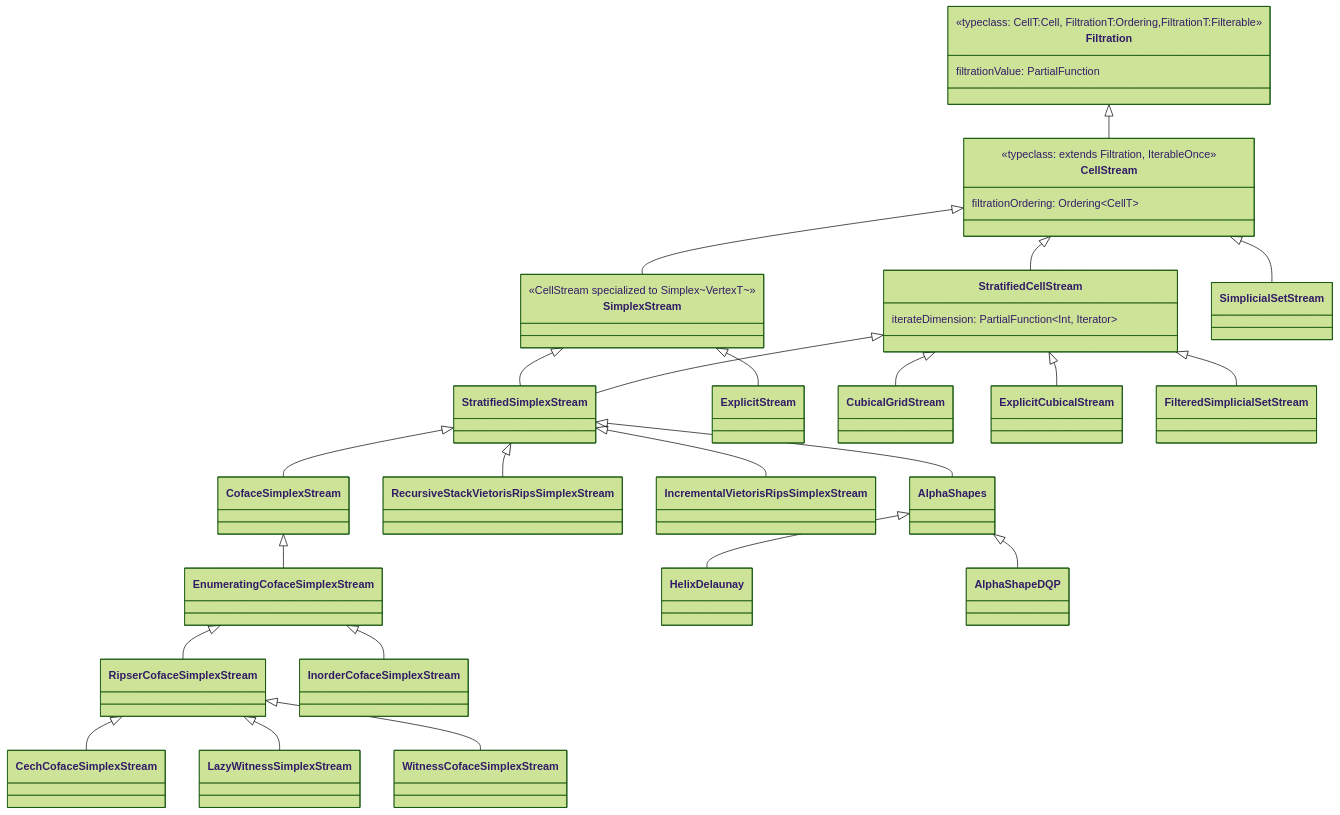
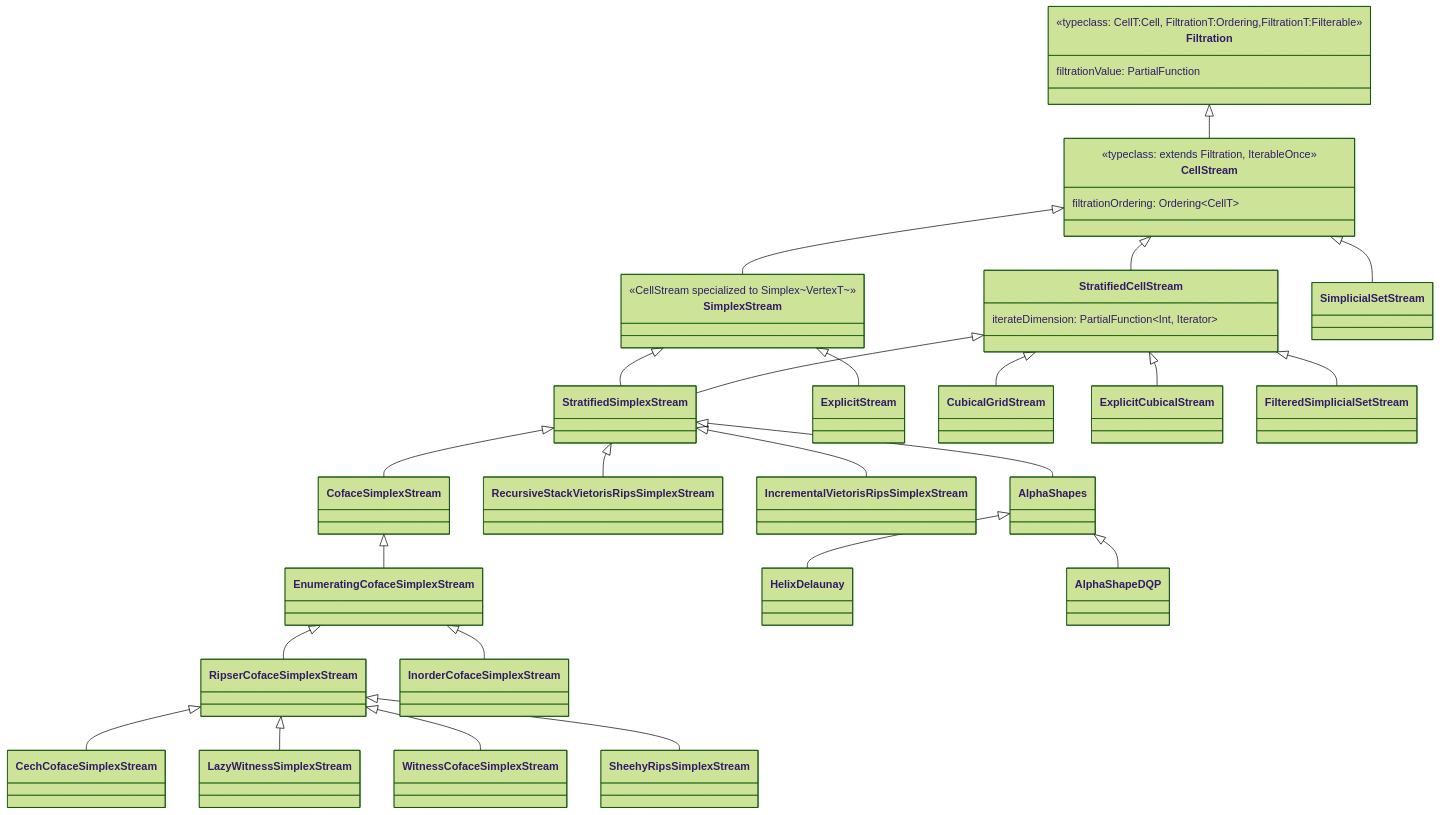
Before and after one commit to appliedtopology/tda4j: the fourth of 6 diagrams in src/docs/developers-guide/class-diagrams.md, drawn with Mermaid (forest theme). The commit also changed 15 other files, not shown here.

````diff
--- a/src/docs/developers-guide/class-diagrams.md
+++ b/src/docs/developers-guide/class-diagrams.md
@@ -120,39 +120,40 @@
 ```mermaid
 classDiagram
     class Filtration {
         <<typeclass: CellT:Cell, FiltrationT:Ordering,FiltrationT:Filterable>>
         filtrationValue: PartialFunction
     }
     class CellStream {
         <<typeclass: extends Filtration, IterableOnce>>
         filtrationOrdering: Ordering~CellT~
     }
     class SimplexStream {
         <<CellStream specialized to Simplex~VertexT~>>
     }
     class StratifiedCellStream {
         iterateDimension: PartialFunction~Int, Iterator~
     }
     Filtration <|-- CellStream
     CellStream <|-- SimplexStream
     CellStream <|-- StratifiedCellStream
     SimplexStream <|-- StratifiedSimplexStream
     StratifiedCellStream <|-- StratifiedSimplexStream
     StratifiedSimplexStream <|-- CofaceSimplexStream
     CofaceSimplexStream <|-- EnumeratingCofaceSimplexStream
     EnumeratingCofaceSimplexStream <|-- RipserCofaceSimplexStream
     RipserCofaceSimplexStream <|-- CechCofaceSimplexStream
     RipserCofaceSimplexStream <|-- LazyWitnessSimplexStream
     RipserCofaceSimplexStream <|-- WitnessCofaceSimplexStream
+    RipserCofaceSimplexStream <|-- SheehyRipsSimplexStream
     EnumeratingCofaceSimplexStream <|-- InorderCofaceSimplexStream
     SimplexStream <|-- ExplicitStream
     StratifiedSimplexStream <|-- RecursiveStackVietorisRipsSimplexStream
     StratifiedSimplexStream <|-- IncrementalVietorisRipsSimplexStream
     StratifiedSimplexStream <|-- AlphaShapes
     AlphaShapes <|-- HelixDelaunay
     AlphaShapes <|-- AlphaShapeDQP
     StratifiedCellStream <|-- CubicalGridStream
     StratifiedCellStream <|-- ExplicitCubicalStream
     CellStream <|-- SimplicialSetStream
     StratifiedCellStream <|-- FilteredSimplicialSetStream
 ```
````
